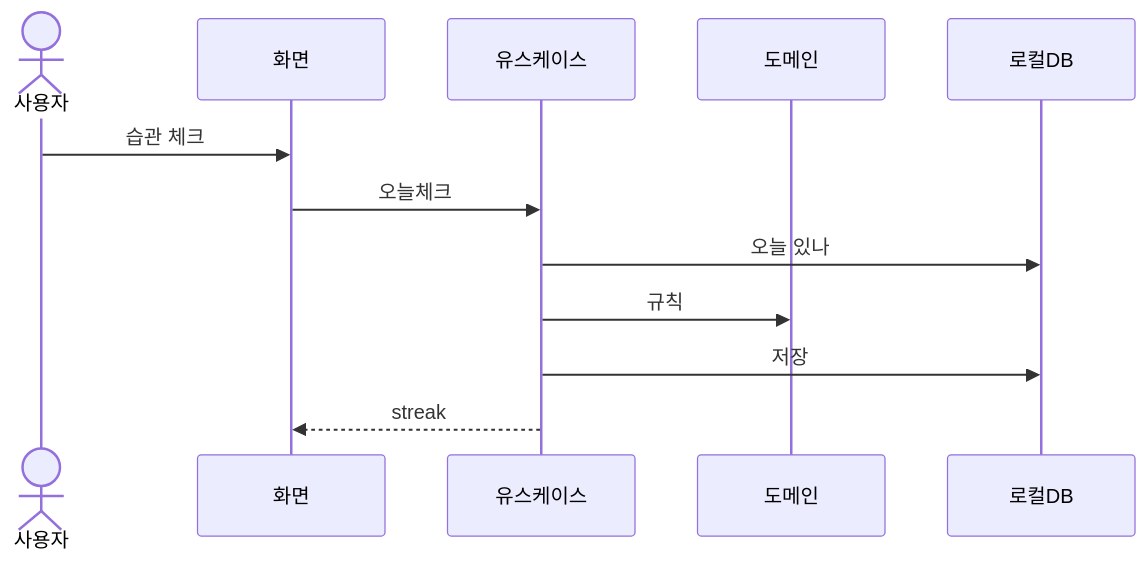
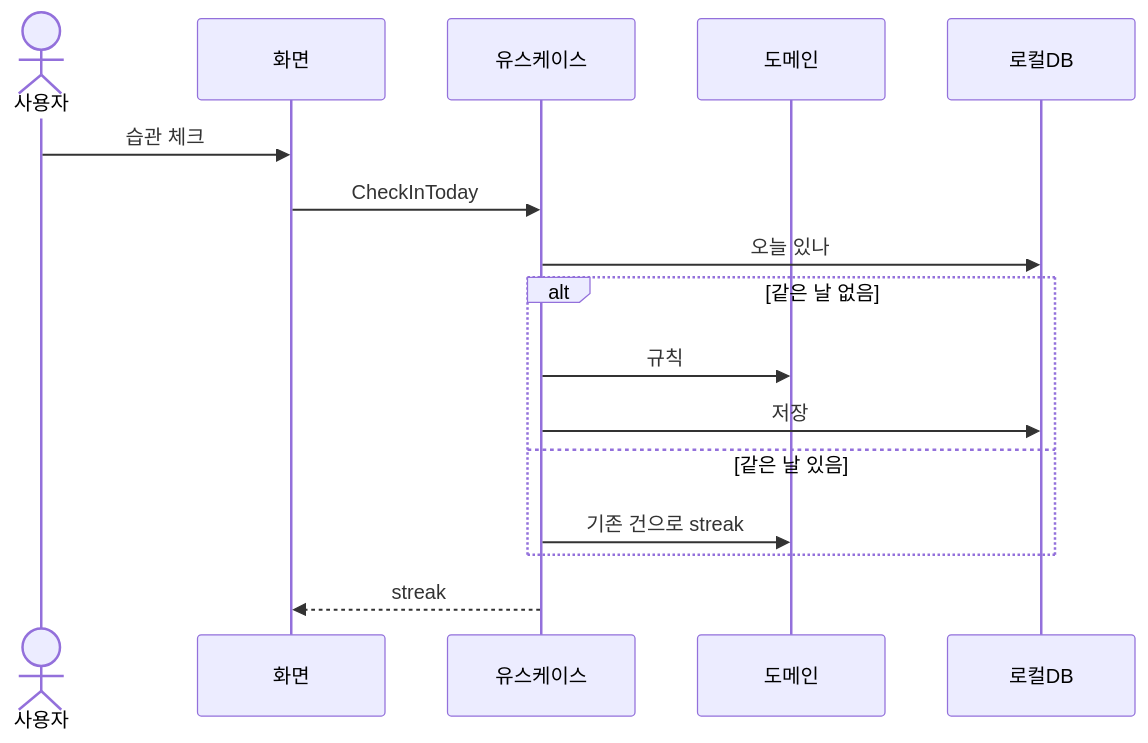
One commit to jeseokmun/dev-docs-rules changed the second of 2 diagrams in _examples/DEV-30-구조명세서.HabitCheck.md. Above: the diagram before and after it, drawn with Mermaid. The commit also changed other lines of this file and 129 other files, not shown here.

````diff
--- a/_examples/DEV-30-구조명세서.HabitCheck.md
+++ b/_examples/DEV-30-구조명세서.HabitCheck.md
@@ -57,14 +65,18 @@
 ```mermaid
 sequenceDiagram
   actor 사용자
   participant 화면
   participant 유스케이스
   participant 도메인
   participant 로컬DB
   사용자->>화면: 습관 체크
-  화면->>유스케이스: 오늘체크
+  화면->>유스케이스: CheckInToday
   유스케이스->>로컬DB: 오늘 있나
-  유스케이스->>도메인: 규칙
-  유스케이스->>로컬DB: 저장
+  alt 같은 날 없음
+    유스케이스->>도메인: 규칙
+    유스케이스->>로컬DB: 저장
+  else 같은 날 있음
+    유스케이스->>도메인: 기존 건으로 streak
+  end
   유스케이스-->>화면: streak
 ```
````
